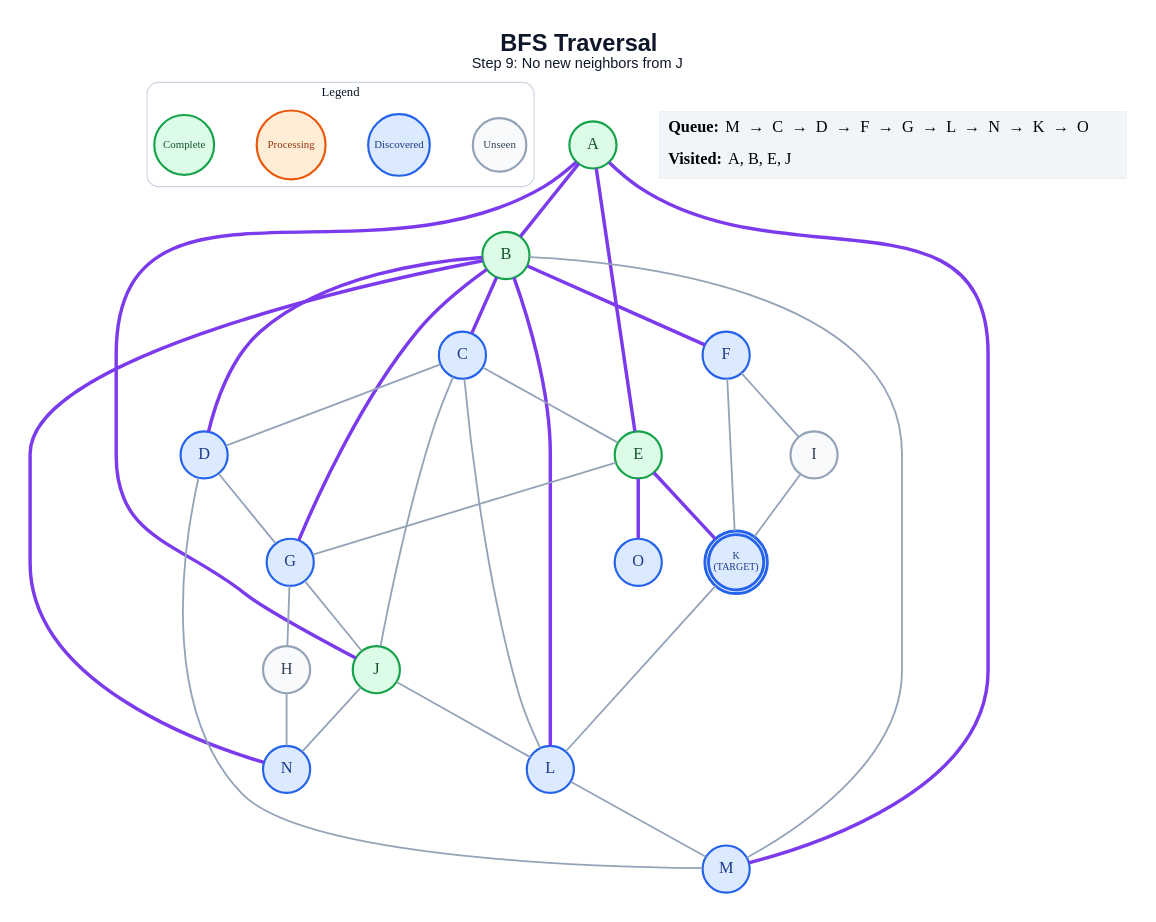
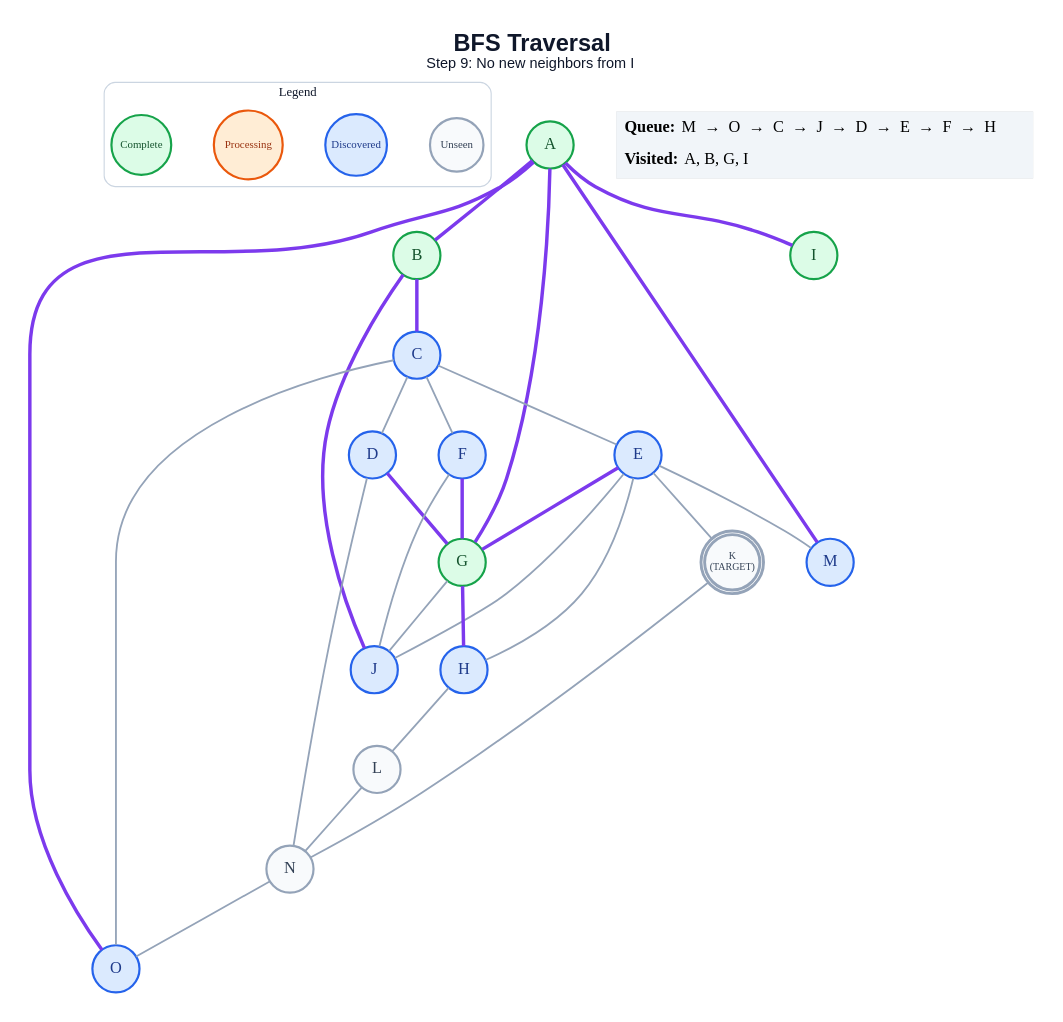
One commit to anon7238593-create/ai-slop changed the diagram in generated/specific-node/bfs/step_09.dot. Above: the diagram before and after it, drawn with Graphviz. The commit also changed 252 other files, not shown here.

```diff
--- a/generated/specific-node/bfs/step_09.dot
+++ b/generated/specific-node/bfs/step_09.dot
@@ -1,64 +1,60 @@
 graph traversal {
   graph [layout=dot, rankdir=TB, bgcolor="#FFFFFF", pad="0.35", nodesep="0.65", ranksep="0.8", fontname="Arial"];
   node [shape=circle, style="filled", fontname="Arial Bold", fontsize=18, width=0.72, fixedsize=true, penwidth=2.4];
   edge [color="#94A3B8", penwidth=2.0];
-  label=<<B>BFS Traversal</B><BR/><FONT POINT-SIZE="16">Step 9: No new neighbors from J</FONT>>; labelloc="t"; fontsize=26; fontname="Arial"; fontcolor="#0F172A";
+  label=<<B>BFS Traversal</B><BR/><FONT POINT-SIZE="16">Step 9: No new neighbors from I</FONT>>; labelloc="t"; fontsize=26; fontname="Arial"; fontcolor="#0F172A";
   subgraph cluster_legend { label="Legend"; color="#CBD5E1"; penwidth=1.2; style="rounded"; fontsize=14; fontname="Arial Bold";
     key_unseen [label="Unseen", fillcolor="#F8FAFC", color="#94A3B8", fontcolor="#334155", fontsize=12, width=0.82];
     key_frontier [label="Discovered", fillcolor="#DBEAFE", color="#2563EB", fontcolor="#1E3A8A", fontsize=12, width=0.95];
     key_current [label="Processing", fillcolor="#FFEDD5", color="#EA580C", fontcolor="#9A3412", fontsize=12, width=1.05];
     key_done [label="Complete", fillcolor="#DCFCE7", color="#16A34A", fontcolor="#14532D", fontsize=12, width=0.92];
     { rank=same; key_unseen; key_frontier; key_current; key_done; }
   }
   A [label="A", fillcolor="#DCFCE7", color="#16A34A", fontcolor="#14532D", peripheries=1, penwidth=2.4];
   B [label="B", fillcolor="#DCFCE7", color="#16A34A", fontcolor="#14532D", peripheries=1, penwidth=2.4];
   C [label="C", fillcolor="#DBEAFE", color="#2563EB", fontcolor="#1E3A8A", peripheries=1, penwidth=2.4];
   D [label="D", fillcolor="#DBEAFE", color="#2563EB", fontcolor="#1E3A8A", peripheries=1, penwidth=2.4];
-  E [label="E", fillcolor="#DCFCE7", color="#16A34A", fontcolor="#14532D", peripheries=1, penwidth=2.4];
+  E [label="E", fillcolor="#DBEAFE", color="#2563EB", fontcolor="#1E3A8A", peripheries=1, penwidth=2.4];
   F [label="F", fillcolor="#DBEAFE", color="#2563EB", fontcolor="#1E3A8A", peripheries=1, penwidth=2.4];
-  G [label="G", fillcolor="#DBEAFE", color="#2563EB", fontcolor="#1E3A8A", peripheries=1, penwidth=2.4];
-  H [label="H", fillcolor="#F8FAFC", color="#94A3B8", fontcolor="#334155", peripheries=1, penwidth=2.4];
-  I [label="I", fillcolor="#F8FAFC", color="#94A3B8", fontcolor="#334155", peripheries=1, penwidth=2.4];
-  J [label="J", fillcolor="#DCFCE7", color="#16A34A", fontcolor="#14532D", peripheries=1, penwidth=2.4];
-  K [label="K\n(TARGET)", fillcolor="#DBEAFE", color="#2563EB", fontcolor="#1E3A8A", peripheries=2, penwidth=3.2, fontsize=11, width=0.85, height=0.85];
-  L [label="L", fillcolor="#DBEAFE", color="#2563EB", fontcolor="#1E3A8A", peripheries=1, penwidth=2.4];
+  G [label="G", fillcolor="#DCFCE7", color="#16A34A", fontcolor="#14532D", peripheries=1, penwidth=2.4];
+  H [label="H", fillcolor="#DBEAFE", color="#2563EB", fontcolor="#1E3A8A", peripheries=1, penwidth=2.4];
+  I [label="I", fillcolor="#DCFCE7", color="#16A34A", fontcolor="#14532D", peripheries=1, penwidth=2.4];
+  J [label="J", fillcolor="#DBEAFE", color="#2563EB", fontcolor="#1E3A8A", peripheries=1, penwidth=2.4];
+  K [label="K\n(TARGET)", fillcolor="#F8FAFC", color="#94A3B8", fontcolor="#334155", peripheries=2, penwidth=3.2, fontsize=11, width=0.85, height=0.85];
+  L [label="L", fillcolor="#F8FAFC", color="#94A3B8", fontcolor="#334155", peripheries=1, penwidth=2.4];
   M [label="M", fillcolor="#DBEAFE", color="#2563EB", fontcolor="#1E3A8A", peripheries=1, penwidth=2.4];
-  N [label="N", fillcolor="#DBEAFE", color="#2563EB", fontcolor="#1E3A8A", peripheries=1, penwidth=2.4];
+  N [label="N", fillcolor="#F8FAFC", color="#94A3B8", fontcolor="#334155", peripheries=1, penwidth=2.4];
   O [label="O", fillcolor="#DBEAFE", color="#2563EB", fontcolor="#1E3A8A", peripheries=1, penwidth=2.4];
   A -- B [color="#7C3AED", penwidth=3.8];
-  A -- E [color="#7C3AED", penwidth=3.8];
-  A -- J [color="#7C3AED", penwidth=3.8];
+  A -- G [color="#7C3AED", penwidth=3.8];
+  A -- I [color="#7C3AED", penwidth=3.8];
   A -- M [color="#7C3AED", penwidth=3.8];
+  A -- O [color="#7C3AED", penwidth=3.8];
   B -- C [color="#7C3AED", penwidth=3.8];
-  B -- D [color="#7C3AED", penwidth=3.8];
-  B -- F [color="#7C3AED", penwidth=3.8];
-  B -- G [color="#7C3AED", penwidth=3.8];
-  B -- L [color="#7C3AED", penwidth=3.8];
-  B -- M;
-  B -- N [color="#7C3AED", penwidth=3.8];
+  B -- J [color="#7C3AED", penwidth=3.8];
   C -- D;
   C -- E;
-  C -- J;
-  C -- L;
-  D -- G;
-  D -- M;
-  E -- G;
-  E -- K [color="#7C3AED", penwidth=3.8];
-  E -- O [color="#7C3AED", penwidth=3.8];
-  F -- I;
-  F -- K;
-  G -- H;
+  C -- F;
+  C -- O;
+  D -- G [color="#7C3AED", penwidth=3.8];
+  D -- N;
+  E -- G [color="#7C3AED", penwidth=3.8];
+  E -- H;
+  E -- J;
+  E -- K;
+  E -- M;
+  F -- G [color="#7C3AED", penwidth=3.8];
+  F -- J;
+  G -- H [color="#7C3AED", penwidth=3.8];
   G -- J;
-  H -- N;
-  I -- K;
-  J -- L;
-  J -- N;
-  K -- L;
-  L -- M;
+  H -- L;
+  K -- N;
+  L -- N;
+  N -- O;
   status [shape=plain, fixedsize=false, width=0, height=0, margin=0, label=<
     <TABLE BORDER="0" CELLBORDER="0" CELLPADDING="7" BGCOLOR="#F1F5F9">
-      <TR><TD ALIGN="LEFT"><B>Queue:</B> M  →  C  →  D  →  F  →  G  →  L  →  N  →  K  →  O</TD></TR>
-      <TR><TD ALIGN="LEFT"><B>Visited:</B> A, B, E, J</TD></TR>
+      <TR><TD ALIGN="LEFT"><B>Queue:</B> M  →  O  →  C  →  J  →  D  →  E  →  F  →  H</TD></TR>
+      <TR><TD ALIGN="LEFT"><B>Visited:</B> A, B, G, I</TD></TR>
     </TABLE>
   >];
 }
```
